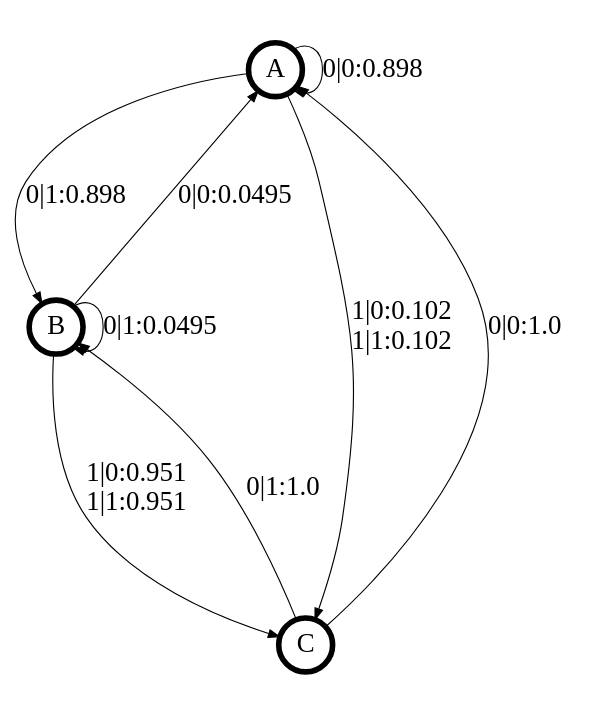
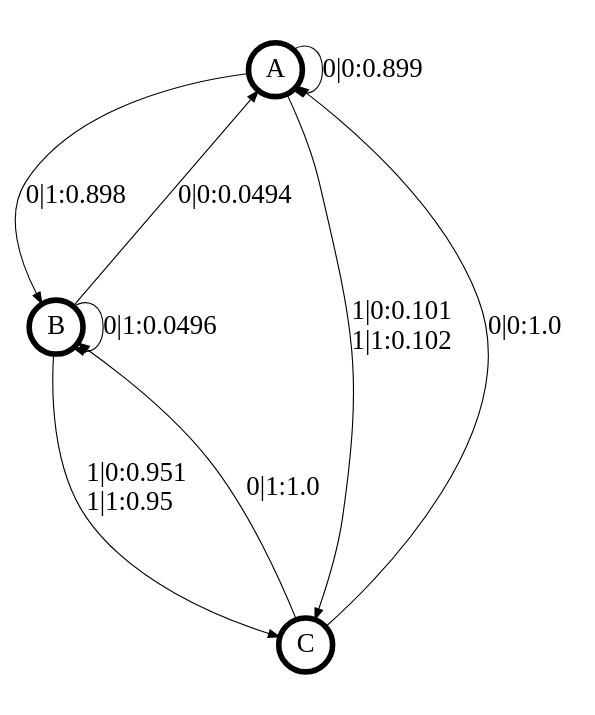
The diagram in transCSSR_results/coinflip+coinflip-excite_w_refrac.dot (ddarmon/transCSSR), drawn with Graphviz before and after one commit. The commit also changed 10 other files, not shown here.

```diff
--- a/transCSSR_results/coinflip+coinflip-excite_w_refrac.dot
+++ b/transCSSR_results/coinflip+coinflip-excite_w_refrac.dot
@@ -1,20 +1,20 @@
 digraph  {
 size = "6,8.5";
 ratio = "fill";
 node
 [shape = circle];
 node [fontsize = 24];
 node [penwidth = 5];
 edge [fontsize = 24];
 node [fontname = "CMU Serif Roman"];
 graph [fontname = "CMU Serif Roman"];
 edge [fontname = "CMU Serif Roman"];
-A -> A [label = "0|0:0.898\l"];
+A -> A [label = "0|0:0.899\l"];
 A -> B [label = "0|1:0.898\l"];
-A -> C [label = "1|0:0.102\l1|1:0.102\l"];
-B -> A [label = "0|0:0.0495\l"];
-B -> B [label = "0|1:0.0495\l"];
-B -> C [label = "1|0:0.951\l1|1:0.951\l"];
+A -> C [label = "1|0:0.101\l1|1:0.102\l"];
+B -> A [label = "0|0:0.0494\l"];
+B -> B [label = "0|1:0.0496\l"];
+B -> C [label = "1|0:0.951\l1|1:0.95\l"];
 C -> A [label = "0|0:1.0\l"];
 C -> B [label = "0|1:1.0\l"];
 }
```
